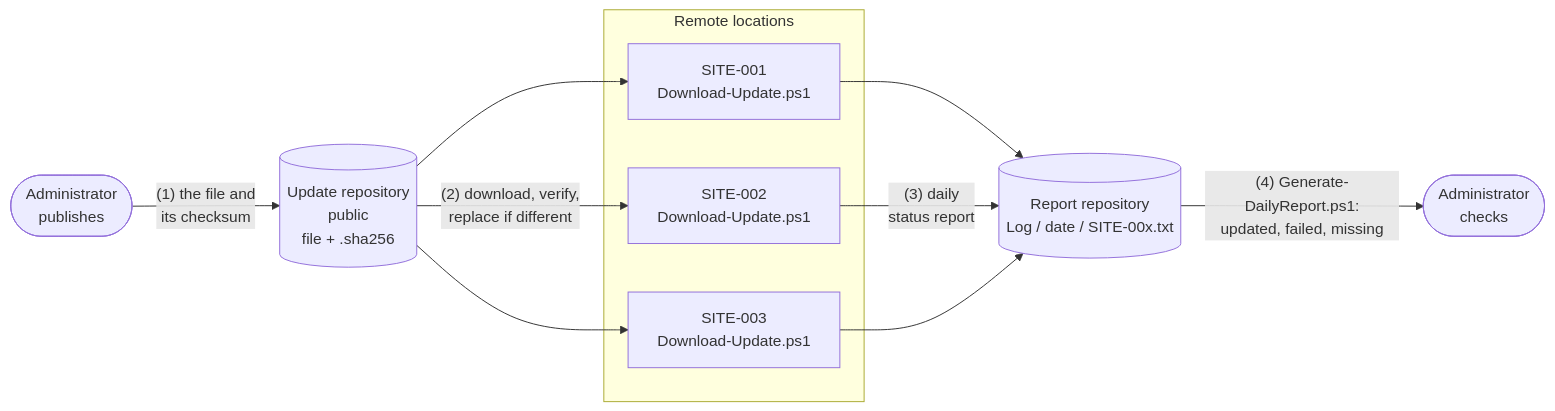
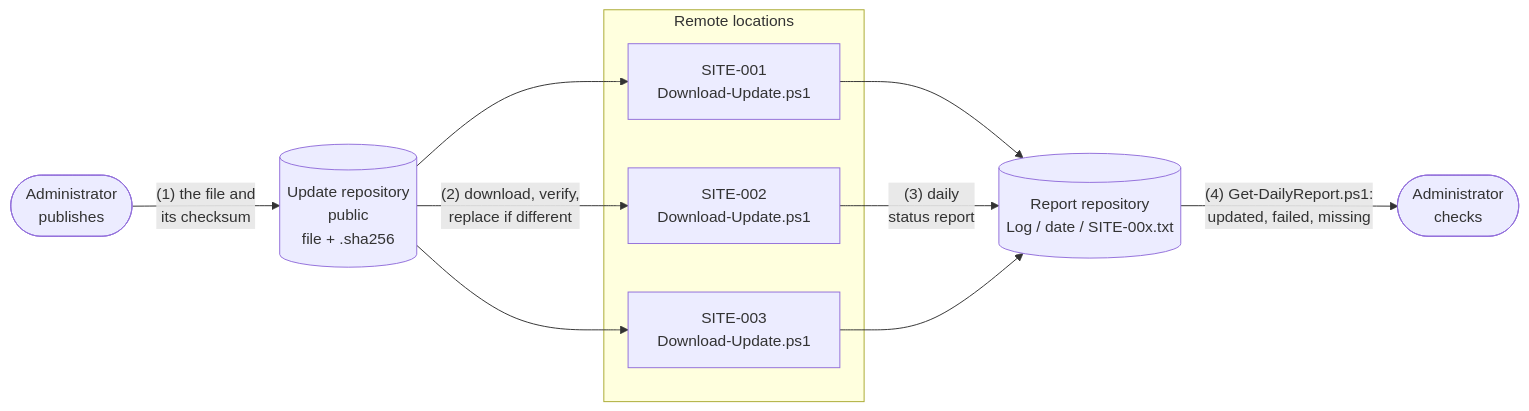
The diagram in github-file-distribution-docs/README.md (johan-socarras/PowerShell-Tools), drawn with Mermaid before and after one commit. The commit also changed other lines of this file and 10 other files, not shown here.

````diff
--- a/github-file-distribution-docs/README.md
+++ b/github-file-distribution-docs/README.md
@@ -26,21 +7,21 @@
 ```mermaid
 flowchart LR
     publish(["Administrator<br>publishes"])
     update[("Update repository<br>public<br>file + .sha256")]
     subgraph locations ["Remote locations"]
         site1["SITE-001<br>Download-Update.ps1"]
         site2["SITE-002<br>Download-Update.ps1"]
         site3["SITE-003<br>Download-Update.ps1"]
     end
     reports[("Report repository<br>Log / date / SITE-00x.txt")]
     check(["Administrator<br>checks"])
 
     publish -->|"(1) the file and<br>its checksum"| update
     update --> site1
     update -->|"(2) download, verify,<br>replace if different"| site2
     update --> site3
     site1 --> reports
     site2 -->|"(3) daily<br>status report"| reports
     site3 --> reports
-    reports -->|"(4) Generate-DailyReport.ps1:<br>updated, failed, missing"| check
+    reports -->|"(4) Get-DailyReport.ps1:<br>updated, failed, missing"| check
 ```
````
